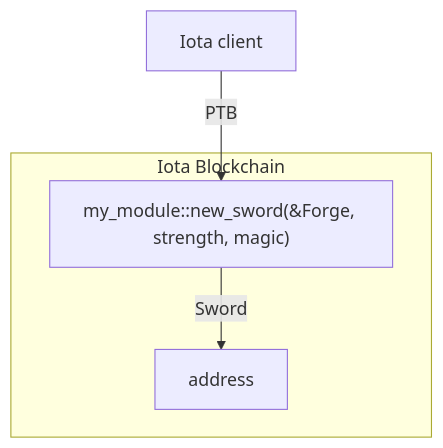
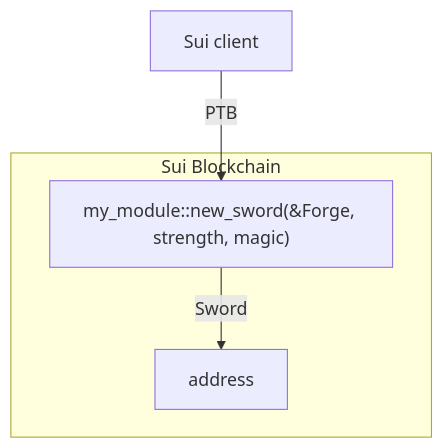
Before and after one commit to rafnixschaf/iota: the second of 2 diagrams in docs/content/guides/developer/first-app/publish.mdx, drawn with Mermaid. The commit also changed other lines of this file and 9877 other files, not shown here.

````diff
--- a/docs/content/guides/developer/first-app/publish.mdx
+++ b/docs/content/guides/developer/first-app/publish.mdx
@@ -85,13 +85,13 @@
 ```mermaid
 flowchart TB
     my_module["my_module::new_sword(&Forge, strength, magic)"]
     
-    Iota_client["Iota client"]
+    Sui_client["Sui client"]
 
-    subgraph Iota Blockchain
+    subgraph Sui Blockchain
 	my_module
 	my_module --Sword--> address
     end
     
-    Iota_client --"PTB"--> my_module
+    Sui_client --"PTB"--> my_module
 ```
````
